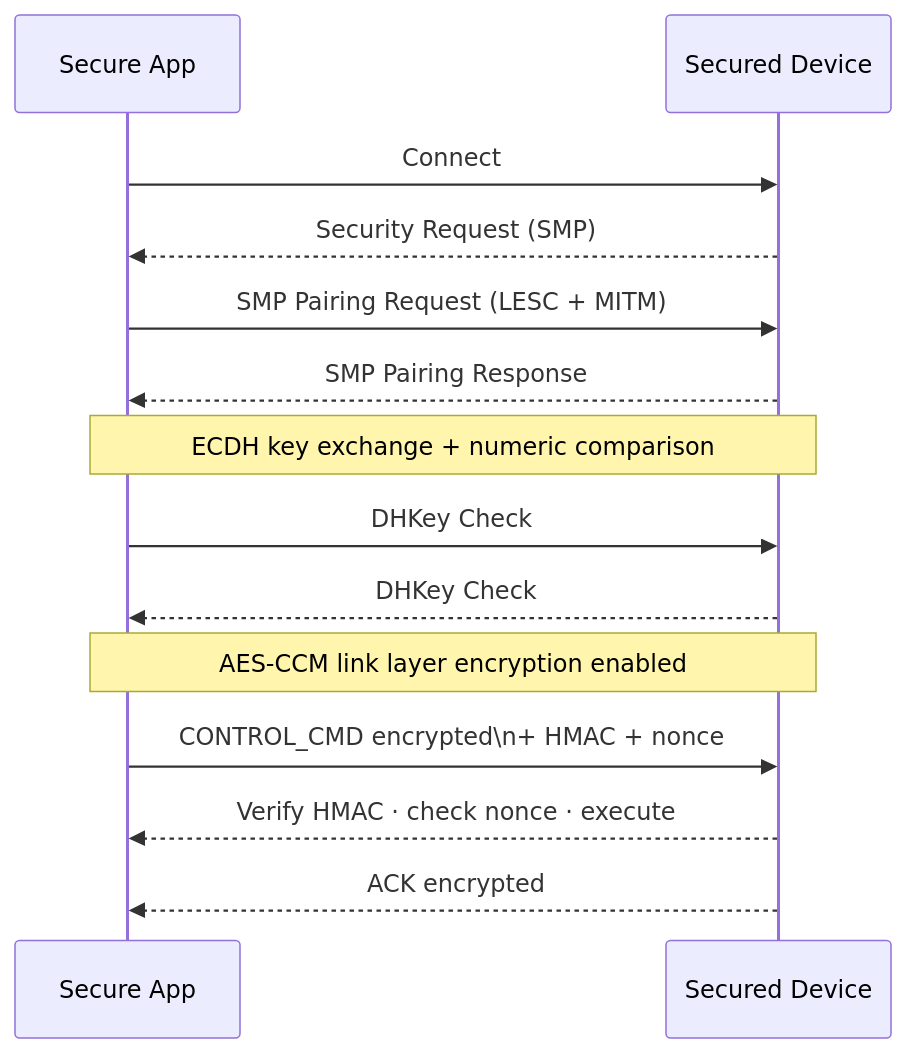
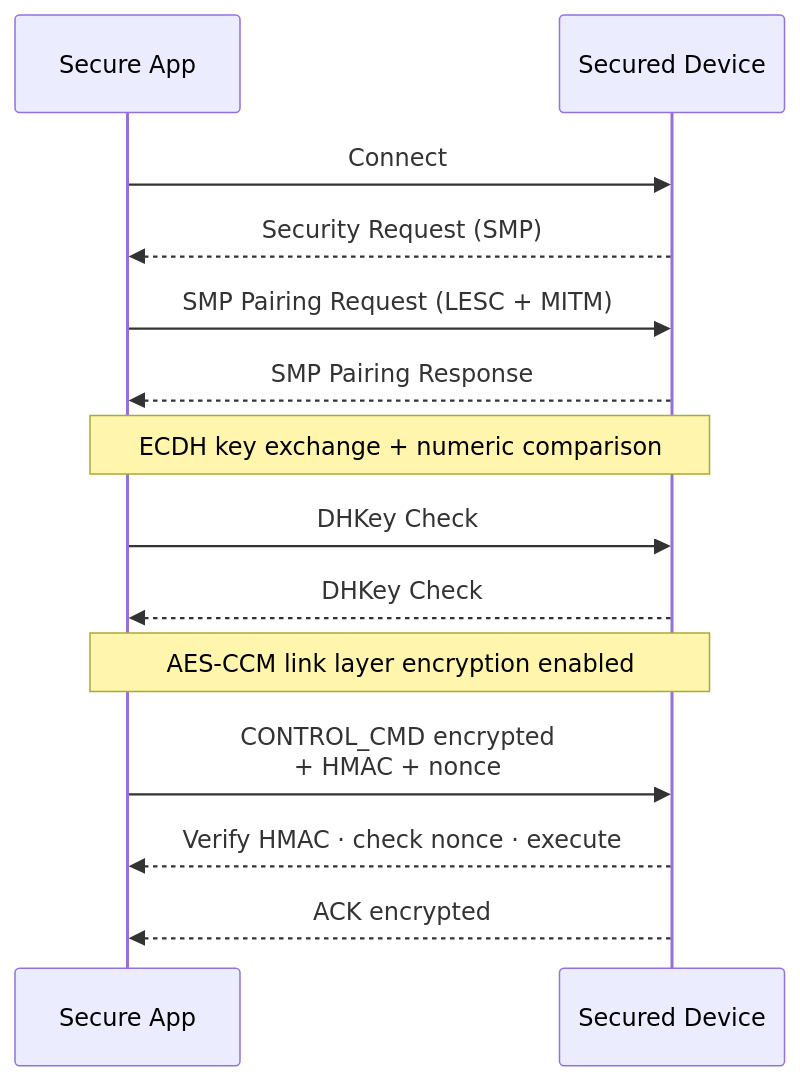
Before and after one commit to V33RU/veera.github.io: the ninth of 9 diagrams in content/blog/godrej-smart-matic.md, drawn with Mermaid. The commit also changed other lines of this file, not shown here.

````diff
--- a/content/blog/godrej-smart-matic.md
+++ b/content/blog/godrej-smart-matic.md
@@ -933,17 +905,17 @@
 ```mermaid
 sequenceDiagram
     participant App as Secure App
     participant Dev as Secured Device
 
     App->>Dev: Connect
     Dev-->>App: Security Request (SMP)
     App->>Dev: SMP Pairing Request (LESC + MITM)
     Dev-->>App: SMP Pairing Response
     Note over App,Dev: ECDH key exchange + numeric comparison
     App->>Dev: DHKey Check
     Dev-->>App: DHKey Check
     Note over App,Dev: AES-CCM link layer encryption enabled
-    App->>Dev: CONTROL_CMD encrypted\n+ HMAC + nonce
+    App->>Dev: CONTROL_CMD encrypted<br/>+ HMAC + nonce
     Dev-->>App: Verify HMAC · check nonce · execute
     Dev-->>App: ACK encrypted
 ```
````
